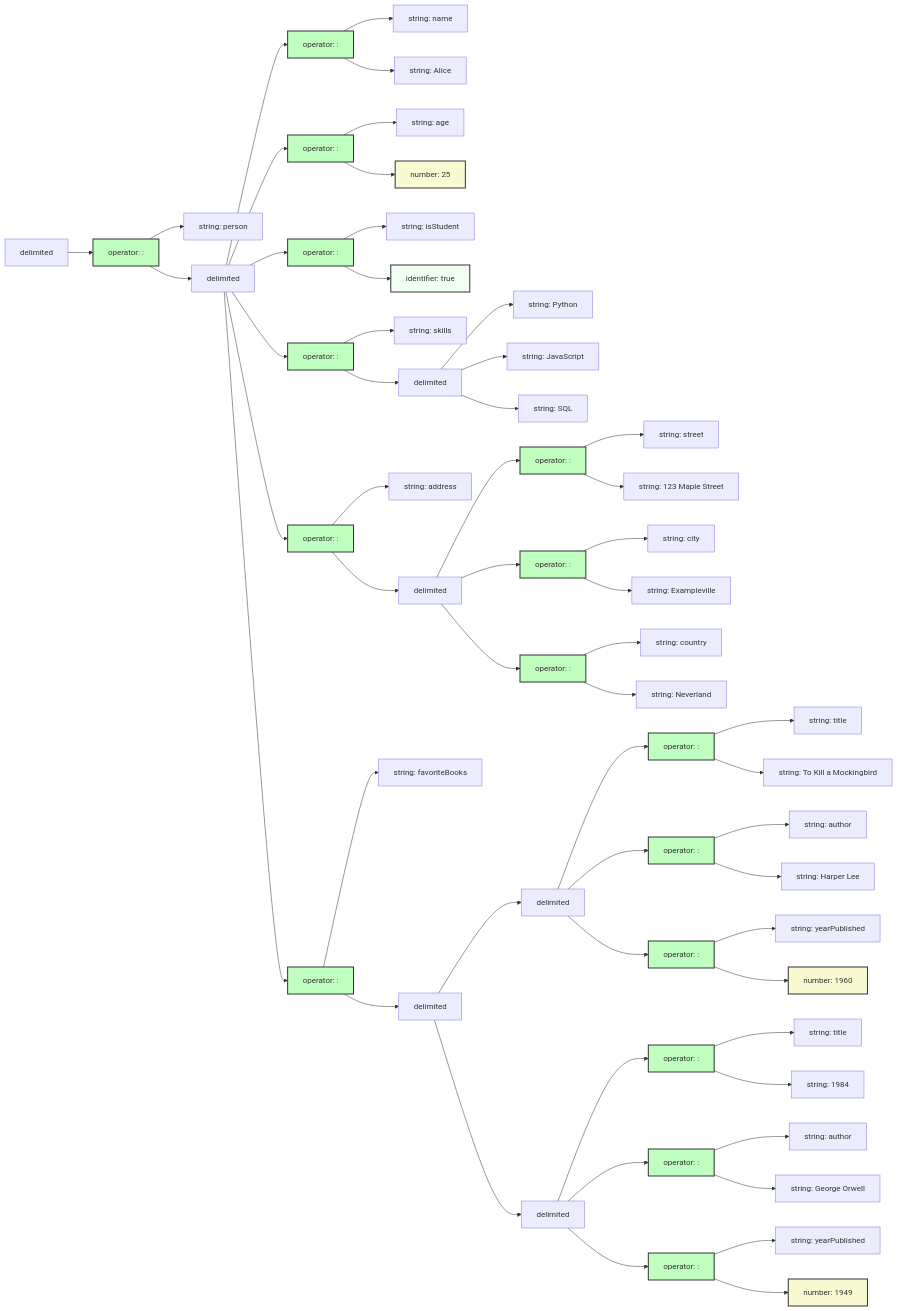
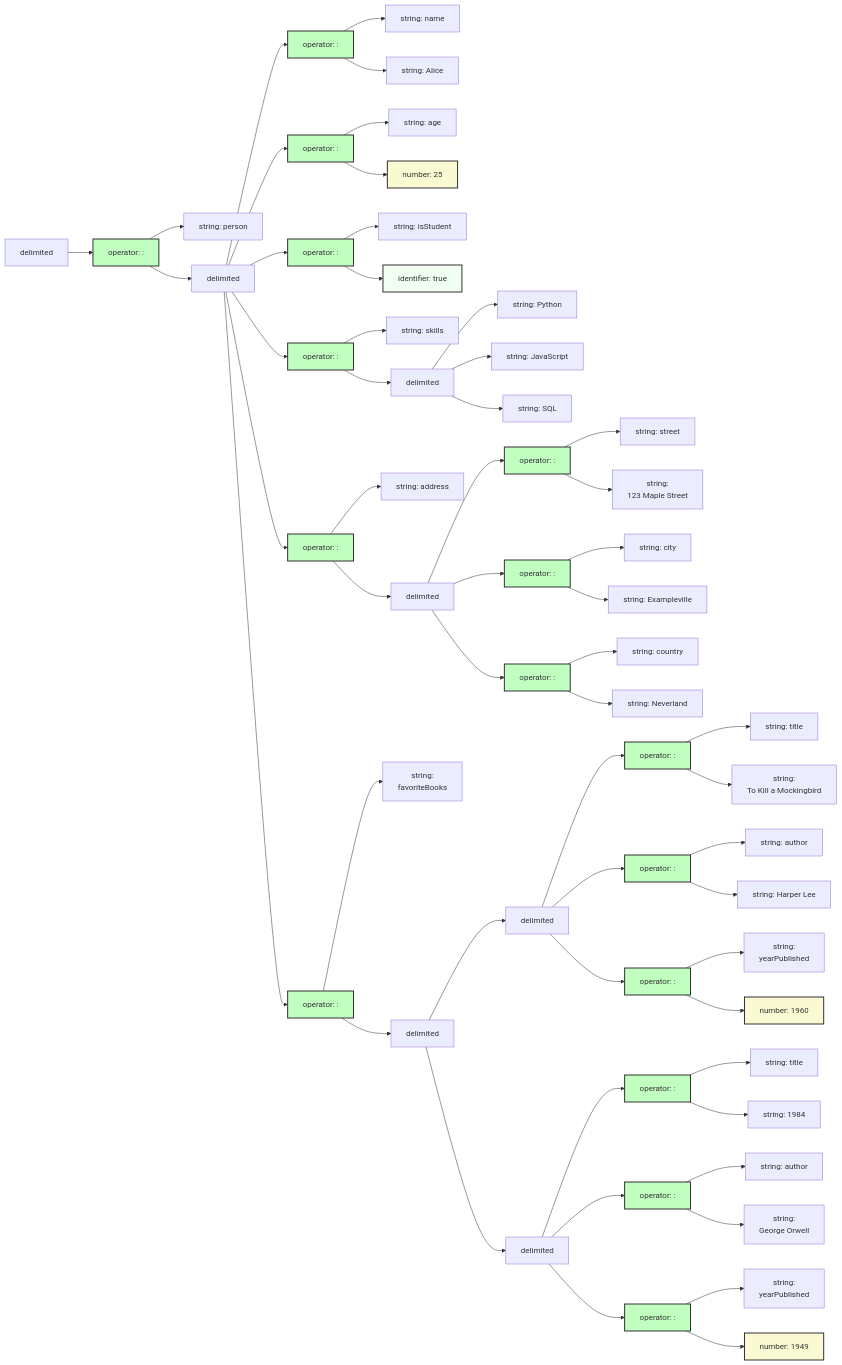
One commit to monogram-project/monogram-go changed the first of 2 diagrams in docs/json_blob.md. Above: the diagram before and after it, drawn with Mermaid. The commit also changed other lines of this file and 4 other files, not shown here.

Commit message:
Minor cosmetic change in Mermaid output

````diff
--- a/docs/json_blob.md
+++ b/docs/json_blob.md
@@ -40,112 +40,112 @@
 ```mermaid
 graph LR
-  139731259196736["delimited"]:::custom_delimited;
-  139731259196816["operator: :"]:::custom_operator;
-  139731259196736 --> 139731259196816;
-  139731259196896["string: person"]:::custom_string;
-  139731259196816 --> 139731259196896;
-  139731259196976["delimited"]:::custom_delimited;
-  139731259196816 --> 139731259196976;
-  139731259197056["operator: :"]:::custom_operator;
-  139731259196976 --> 139731259197056;
-  139731259197136["string: name"]:::custom_string;
-  139731259197056 --> 139731259197136;
-  139731259197216["string: Alice"]:::custom_string;
-  139731259197056 --> 139731259197216;
-  139731259197296["operator: :"]:::custom_operator;
-  139731259196976 --> 139731259197296;
-  139731259197376["string: age"]:::custom_string;
-  139731259197296 --> 139731259197376;
-  139731259197456["number: 25"]:::custom_number;
-  139731259197296 --> 139731259197456;
-  139731259197536["operator: :"]:::custom_operator;
-  139731259196976 --> 139731259197536;
-  139731259197616["string: isStudent"]:::custom_string;
-  139731259197536 --> 139731259197616;
-  139731259197696["identifier: true"]:::custom_identifier;
-  139731259197536 --> 139731259197696;
-  139731259197776["operator: :"]:::custom_operator;
-  139731259196976 --> 139731259197776;
-  139731259197856["string: skills"]:::custom_string;
-  139731259197776 --> 139731259197856;
-  139731259197936["delimited"]:::custom_delimited;
-  139731259197776 --> 139731259197936;
-  139731259198016["string: Python"]:::custom_string;
-  139731259197936 --> 139731259198016;
-  139731259198096["string: JavaScript"]:::custom_string;
-  139731259197936 --> 139731259198096;
-  139731259198176["string: SQL"]:::custom_string;
-  139731259197936 --> 139731259198176;
-  139731259198256["operator: :"]:::custom_operator;
-  139731259196976 --> 139731259198256;
-  139731259198336["string: address"]:::custom_string;
-  139731259198256 --> 139731259198336;
-  139731259198416["delimited"]:::custom_delimited;
-  139731259198256 --> 139731259198416;
-  139731259198496["operator: :"]:::custom_operator;
-  139731259198416 --> 139731259198496;
-  139731259198656["string: street"]:::custom_string;
-  139731259198496 --> 139731259198656;
-  139731259198816["string: 123 Maple Street"]:::custom_string;
-  139731259198496 --> 139731259198816;
-  139731259198896["operator: :"]:::custom_operator;
-  139731259198416 --> 139731259198896;
-  139731259199056["string: city"]:::custom_string;
-  139731259198896 --> 139731259199056;
-  139731259199216["string: Exampleville"]:::custom_string;
-  139731259198896 --> 139731259199216;
-  139731259199296["operator: :"]:::custom_operator;
-  139731259198416 --> 139731259199296;
-  139731259199456["string: country"]:::custom_string;
-  139731259199296 --> 139731259199456;
-  139731259199616["string: Neverland"]:::custom_string;
-  139731259199296 --> 139731259199616;
-  139731259199696["operator: :"]:::custom_operator;
-  139731259196976 --> 139731259199696;
-  139731259199776["string: favoriteBooks"]:::custom_string;
-  139731259199696 --> 139731259199776;
-  139731259199856["delimited"]:::custom_delimited;
-  139731259199696 --> 139731259199856;
-  139731259199936["delimited"]:::custom_delimited;
-  139731259199856 --> 139731259199936;
-  139731259200096["operator: :"]:::custom_operator;
-  139731259199936 --> 139731259200096;
-  139731259200256["string: title"]:::custom_string;
-  139731259200096 --> 139731259200256;
-  139731259200416["string: To Kill a Mockingbird"]:::custom_string;
-  139731259200096 --> 139731259200416;
-  139731259200656["operator: :"]:::custom_operator;
-  139731259199936 --> 139731259200656;
-  139731259200816["string: author"]:::custom_string;
-  139731259200656 --> 139731259200816;
-  139731259200976["string: Harper Lee"]:::custom_string;
-  139731259200656 --> 139731259200976;
-  139731259201216["operator: :"]:::custom_operator;
-  139731259199936 --> 139731259201216;
-  139731259201376["string: yearPublished"]:::custom_string;
-  139731259201216 --> 139731259201376;
-  139731259201536["number: 1960"]:::custom_number;
-  139731259201216 --> 139731259201536;
-  139731259201696["delimited"]:::custom_delimited;
-  139731259199856 --> 139731259201696;
-  139731259201856["operator: :"]:::custom_operator;
-  139731259201696 --> 139731259201856;
-  139731259202016["string: title"]:::custom_string;
-  139731259201856 --> 139731259202016;
-  139731259202176["string: 1984"]:::custom_string;
-  139731259201856 --> 139731259202176;
-  139731259202416["operator: :"]:::custom_operator;
-  139731259201696 --> 139731259202416;
-  139731259202576["string: author"]:::custom_string;
-  139731259202416 --> 139731259202576;
-  139731259202736["string: George Orwell"]:::custom_string;
-  139731259202416 --> 139731259202736;
-  139731259202976["operator: :"]:::custom_operator;
-  139731259201696 --> 139731259202976;
-  139731259203136["string: yearPublished"]:::custom_string;
-  139731259202976 --> 139731259203136;
-  139731259203296["number: 1949"]:::custom_number;
-  139731259202976 --> 139731259203296;
+  129624859329856["delimited"]:::custom_delimited;
+  129624859329936["operator: :"]:::custom_operator;
+  129624859329856 --> 129624859329936;
+  129624859330016["string: person"]:::custom_string;
+  129624859329936 --> 129624859330016;
+  129624859330096["delimited"]:::custom_delimited;
+  129624859329936 --> 129624859330096;
+  129624859330176["operator: :"]:::custom_operator;
+  129624859330096 --> 129624859330176;
+  129624859330256["string: name"]:::custom_string;
+  129624859330176 --> 129624859330256;
+  129624859330336["string: Alice"]:::custom_string;
+  129624859330176 --> 129624859330336;
+  129624859330416["operator: :"]:::custom_operator;
+  129624859330096 --> 129624859330416;
+  129624859330496["string: age"]:::custom_string;
+  129624859330416 --> 129624859330496;
+  129624859330576["number: 25"]:::custom_number;
+  129624859330416 --> 129624859330576;
+  129624859330656["operator: :"]:::custom_operator;
+  129624859330096 --> 129624859330656;
+  129624859330736["string: isStudent"]:::custom_string;
+  129624859330656 --> 129624859330736;
+  129624859330816["identifier: true"]:::custom_identifier;
+  129624859330656 --> 129624859330816;
+  129624859330896["operator: :"]:::custom_operator;
+  129624859330096 --> 129624859330896;
+  129624859330976["string: skills"]:::custom_string;
+  129624859330896 --> 129624859330976;
+  129624859331056["delimited"]:::custom_delimited;
+  129624859330896 --> 129624859331056;
+  129624859331136["string: Python"]:::custom_string;
+  129624859331056 --> 129624859331136;
+  129624859331216["string: JavaScript"]:::custom_string;
+  129624859331056 --> 129624859331216;
+  129624859331296["string: SQL"]:::custom_string;
+  129624859331056 --> 129624859331296;
+  129624859331376["operator: :"]:::custom_operator;
+  129624859330096 --> 129624859331376;
+  129624859331456["string: address"]:::custom_string;
+  129624859331376 --> 129624859331456;
+  129624859331536["delimited"]:::custom_delimited;
+  129624859331376 --> 129624859331536;
+  129624859331616["operator: :"]:::custom_operator;
+  129624859331536 --> 129624859331616;
+  129624859331776["string: street"]:::custom_string;
+  129624859331616 --> 129624859331776;
+  129624859331936["string:<br/>123 Maple Street"]:::custom_string;
+  129624859331616 --> 129624859331936;
+  129624859332016["operator: :"]:::custom_operator;
+  129624859331536 --> 129624859332016;
+  129624859332176["string: city"]:::custom_string;
+  129624859332016 --> 129624859332176;
+  129624859332336["string: Exampleville"]:::custom_string;
+  129624859332016 --> 129624859332336;
+  129624859332416["operator: :"]:::custom_operator;
+  129624859331536 --> 129624859332416;
+  129624859332576["string: country"]:::custom_string;
+  129624859332416 --> 129624859332576;
+  129624859332736["string: Neverland"]:::custom_string;
+  129624859332416 --> 129624859332736;
+  129624859332816["operator: :"]:::custom_operator;
+  129624859330096 --> 129624859332816;
+  129624859332896["string:<br/>favoriteBooks"]:::custom_string;
+  129624859332816 --> 129624859332896;
+  129624859332976["delimited"]:::custom_delimited;
+  129624859332816 --> 129624859332976;
+  129624859333056["delimited"]:::custom_delimited;
+  129624859332976 --> 129624859333056;
+  129624859333216["operator: :"]:::custom_operator;
+  129624859333056 --> 129624859333216;
+  129624859333376["string: title"]:::custom_string;
+  129624859333216 --> 129624859333376;
+  129624859333536["string:<br/>To Kill a Mockingbird"]:::custom_string;
+  129624859333216 --> 129624859333536;
+  129624859333776["operator: :"]:::custom_operator;
+  129624859333056 --> 129624859333776;
+  129624859333936["string: author"]:::custom_string;
+  129624859333776 --> 129624859333936;
+  129624859334096["string: Harper Lee"]:::custom_string;
+  129624859333776 --> 129624859334096;
+  129624859334336["operator: :"]:::custom_operator;
+  129624859333056 --> 129624859334336;
+  129624859334496["string:<br/>yearPublished"]:::custom_string;
+  129624859334336 --> 129624859334496;
+  129624859334656["number: 1960"]:::custom_number;
+  129624859334336 --> 129624859334656;
+  129624859334816["delimited"]:::custom_delimited;
+  129624859332976 --> 129624859334816;
+  129624859334976["operator: :"]:::custom_operator;
+  129624859334816 --> 129624859334976;
+  129624859335136["string: title"]:::custom_string;
+  129624859334976 --> 129624859335136;
+  129624859335296["string: 1984"]:::custom_string;
+  129624859334976 --> 129624859335296;
+  129624859335536["operator: :"]:::custom_operator;
+  129624859334816 --> 129624859335536;
+  129624859335696["string: author"]:::custom_string;
+  129624859335536 --> 129624859335696;
+  129624859335856["string:<br/>George Orwell"]:::custom_string;
+  129624859335536 --> 129624859335856;
+  129624859336096["operator: :"]:::custom_operator;
+  129624859334816 --> 129624859336096;
+  129624859336256["string:<br/>yearPublished"]:::custom_string;
+  129624859336096 --> 129624859336256;
+  129624859336416["number: 1949"]:::custom_number;
+  129624859336096 --> 129624859336416;
 
 classDef custom_form fill:lightpink,stroke:#333,stroke-width:2px;
 classDef custom_part fill:#FFD8E1,stroke:#333,stroke-width:2px;
````
